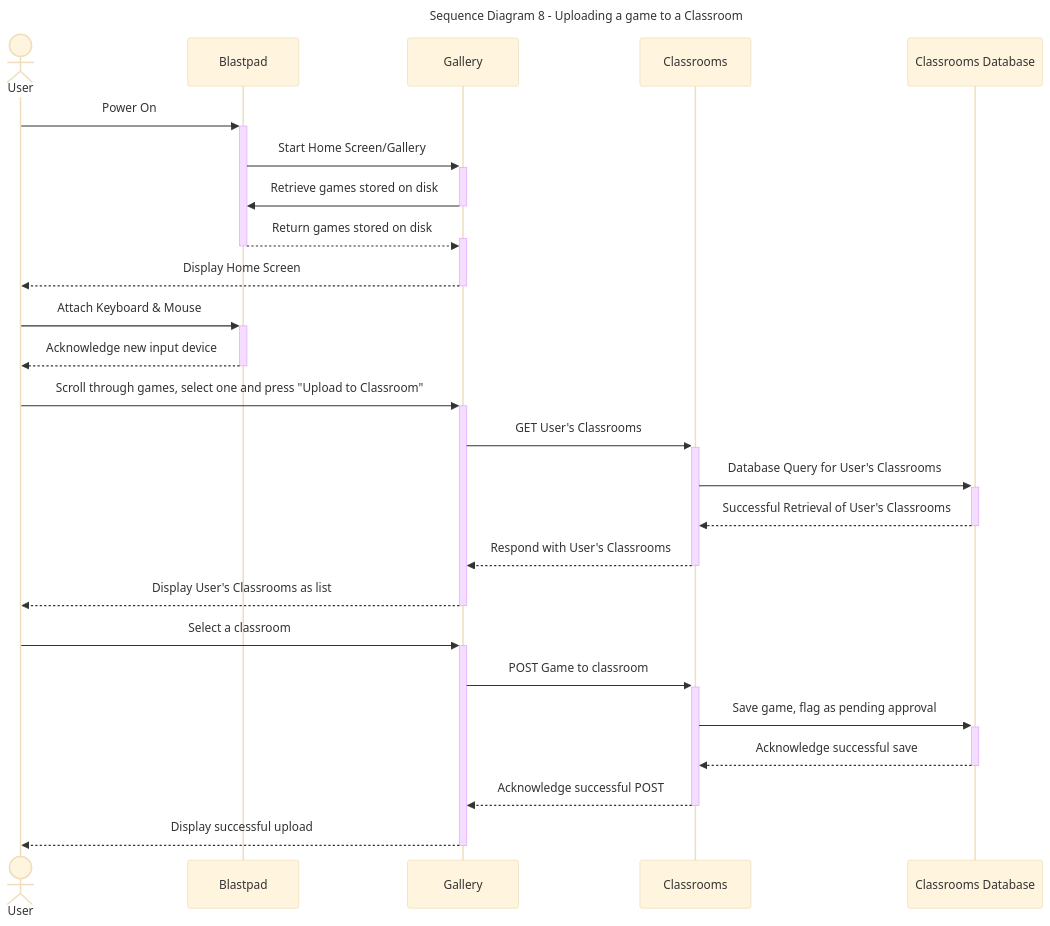
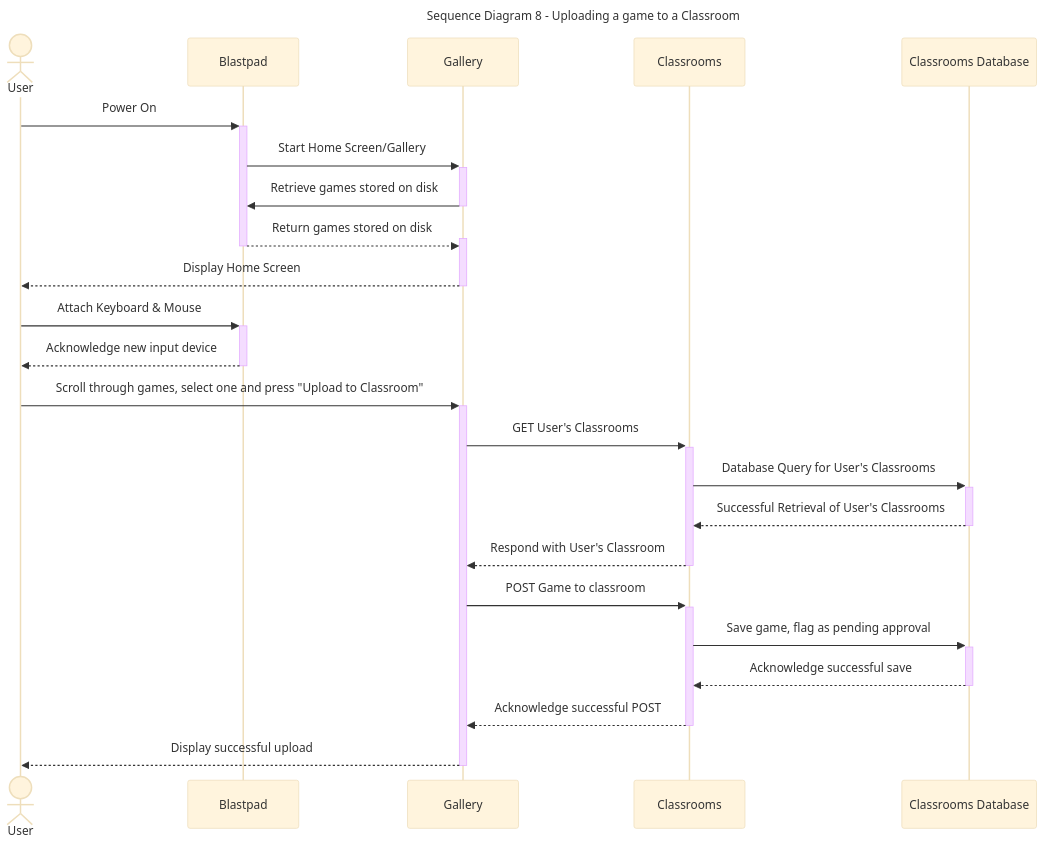
One commit to Capstone-Projects-2024-Spring/project-blastpad changed the seventh of 10 diagrams in documentation/docs/system-architecture/sequence-diagrams.md. Above: the diagram before and after it, drawn with Mermaid (base theme). The commit also changed other lines of this file, not shown here.

Commit message:
Updated Use Case 8

````diff
--- a/documentation/docs/system-architecture/sequence-diagrams.md
+++ b/documentation/docs/system-architecture/sequence-diagrams.md
@@ -268,33 +268,31 @@
 ```mermaid
 ---
 title: "Sequence Diagram 8 - Uploading a game to a Classroom"
 ---
 
 sequenceDiagram
 actor User
 User->>+Blastpad: Power On
 Blastpad->>+Gallery: Start Home Screen/Gallery
 Gallery->>-Blastpad: Retrieve games stored on disk
 Blastpad-->>+Gallery: Return games stored on disk
 deactivate Blastpad	
 Gallery-->>-User: Display Home Screen
 
 User->>+Blastpad: Attach Keyboard & Mouse
 Blastpad-->>-User: Acknowledge new input device
 
 
 User->>+Gallery: Scroll through games, select one and press "Upload to Classroom"
 
 Gallery->>+Classrooms: GET User's Classrooms
 Classrooms->>+Classrooms Database: Database Query for User's Classrooms
 Classrooms Database-->>-Classrooms: Successful Retrieval of User's Classrooms
-Classrooms-->>-Gallery: Respond with User's Classrooms
-Gallery-->>-User: Display User's Classrooms as list
-User->>+Gallery: Select a classroom
+Classrooms-->>-Gallery: Respond with User's Classroom
 Gallery->>+Classrooms: POST Game to classroom
 Classrooms->>+Classrooms Database: Save game, flag as pending approval
 Classrooms Database-->>-Classrooms: Acknowledge successful save
 Classrooms-->>-Gallery: Acknowledge successful POST
 Gallery-->>-User: Display successful upload
 
 ```
````
